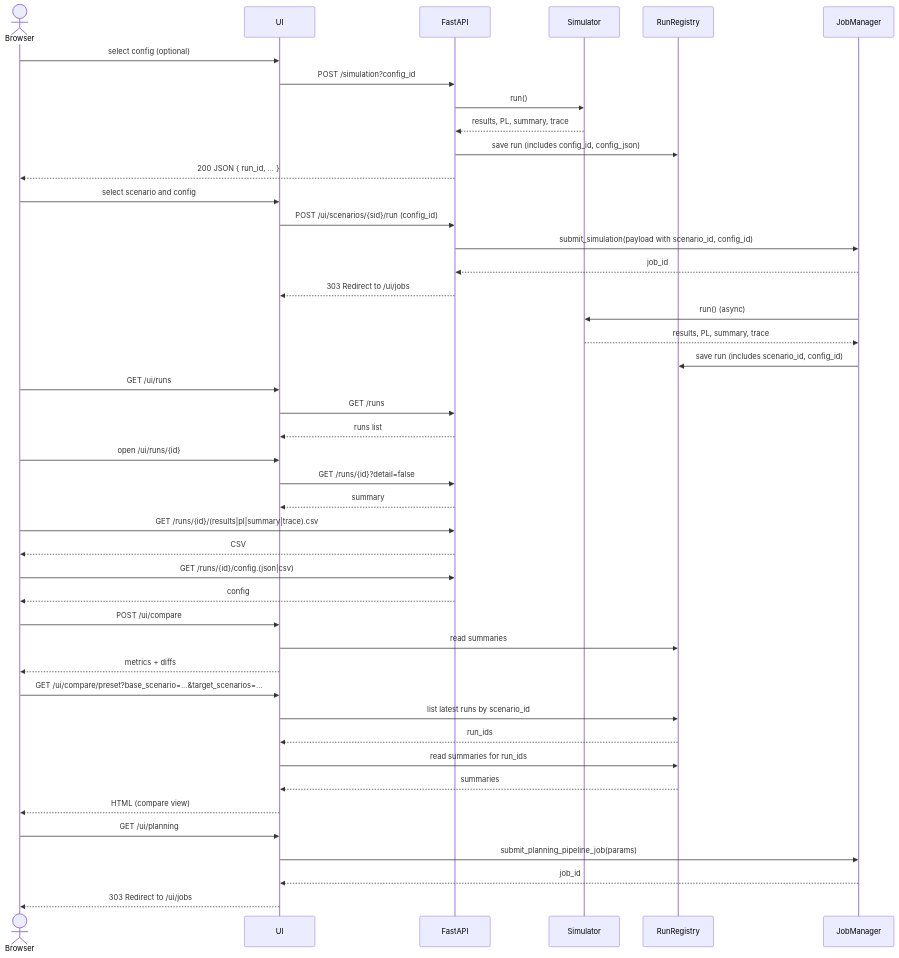
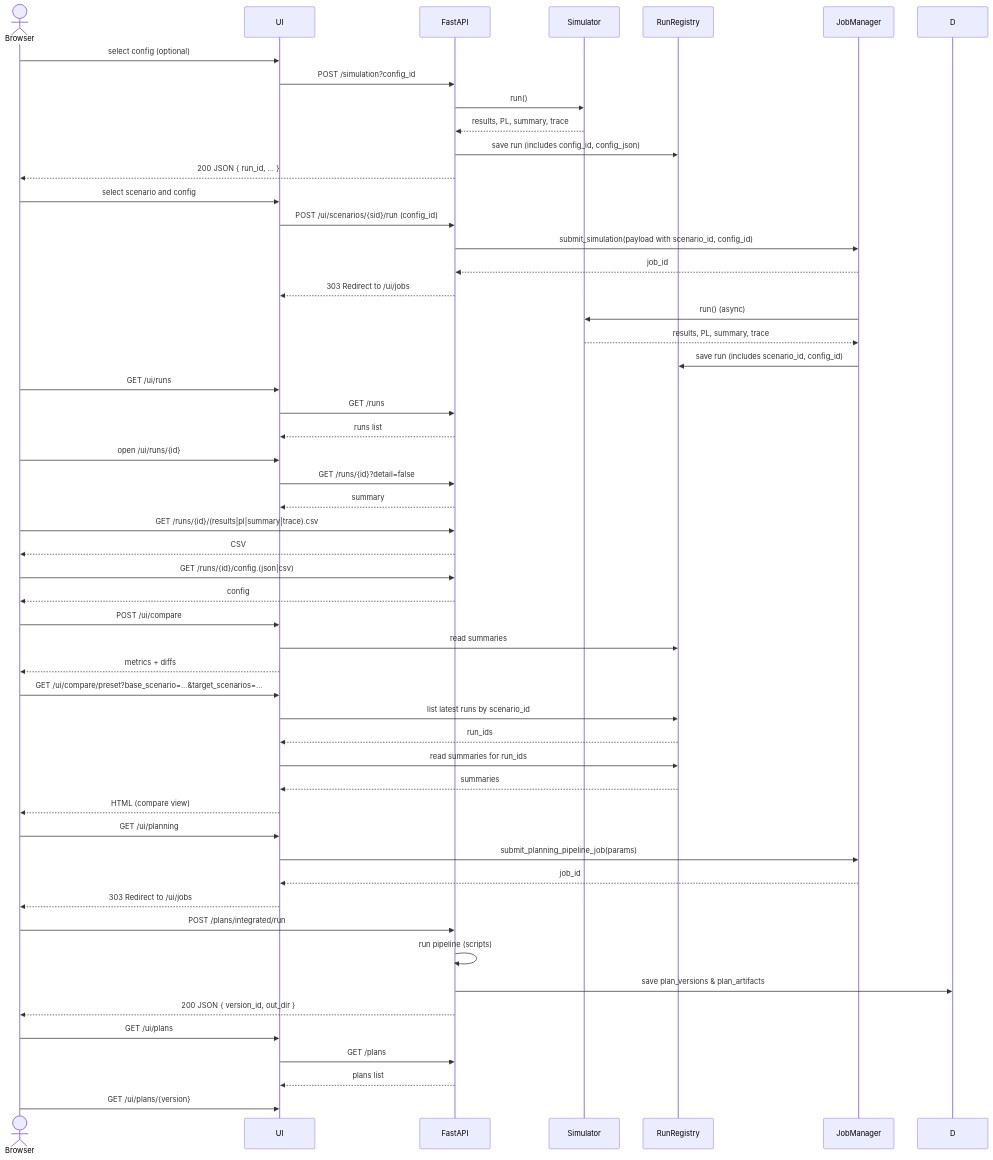
One commit to miumigy/scpln changed the third of 3 diagrams in README.md. Above: the diagram before and after it, drawn with Mermaid. The commit also changed other lines of this file, not shown here.

Commit message:
docs(README): Mermaid図を最新化（/ui/plans 追加、integrated run→保存→一覧のフローを追記）

````diff
--- a/README.md
+++ b/README.md
@@ -661,62 +662,74 @@
 ```mermaid
 sequenceDiagram
   actor User as Browser
   participant UI as UI
   participant API as FastAPI
   participant Sim as Simulator
   participant REG as RunRegistry
   participant JM as JobManager
 
   %% Run 実行
   User->>UI: select config (optional)
   UI->>API: POST /simulation?config_id
   API->>Sim: run()
   Sim-->>API: results, PL, summary, trace
   API->>REG: save run (includes config_id, config_json)
   API-->>User: 200 JSON { run_id, ... }
 
   %% シナリオからの実行
   User->>UI: select scenario and config
   UI->>API: POST /ui/scenarios/{sid}/run (config_id)
   API->>JM: submit_simulation(payload with scenario_id, config_id)
   JM-->>API: job_id
   API-->>UI: 303 Redirect to /ui/jobs
   JM->>Sim: run() (async)
   Sim-->>JM: results, PL, summary, trace
   JM->>REG: save run (includes scenario_id, config_id)
 
   %% 履歴一覧
   User->>UI: GET /ui/runs
   UI->>API: GET /runs
   API-->>UI: runs list
 
   %% 詳細
   User->>UI: open /ui/runs/{id}
   UI->>API: GET /runs/{id}?detail=false
   API-->>UI: summary
 
   %% CSVs
   User->>API: GET /runs/{id}/(results|pl|summary|trace).csv
   API-->>User: CSV
   User->>API: GET /runs/{id}/config.(json|csv)
   API-->>User: config
 
   %% 比較
   User->>UI: POST /ui/compare
   UI->>REG: read summaries
   UI-->>User: metrics + diffs
 
   %% シナリオ比較プリセット
   User->>UI: GET /ui/compare/preset?base_scenario=...&target_scenarios=... 
   UI->>REG: list latest runs by scenario_id
   REG-->>UI: run_ids
   UI->>REG: read summaries for run_ids
   REG-->>UI: summaries
   UI-->>User: HTML (compare view)
 
   %% 集約/詳細計画 UI（パイプライン実行）
   User->>UI: GET /ui/planning
   UI->>JM: submit_planning_pipeline_job(params)
   JM-->>UI: job_id
   UI-->>User: 303 Redirect to /ui/jobs
+
+  %% 統合API（プラン生成・保存）
+  User->>API: POST /plans/integrated/run
+  API->>API: run pipeline (scripts)
+  API->>D: save plan_versions & plan_artifacts
+  API-->>User: 200 JSON { version_id, out_dir }
+
+  %% プラン一覧/詳細
+  User->>UI: GET /ui/plans
+  UI->>API: GET /plans
+  API-->>UI: plans list
+  User->>UI: GET /ui/plans/{version}
 ```
````
